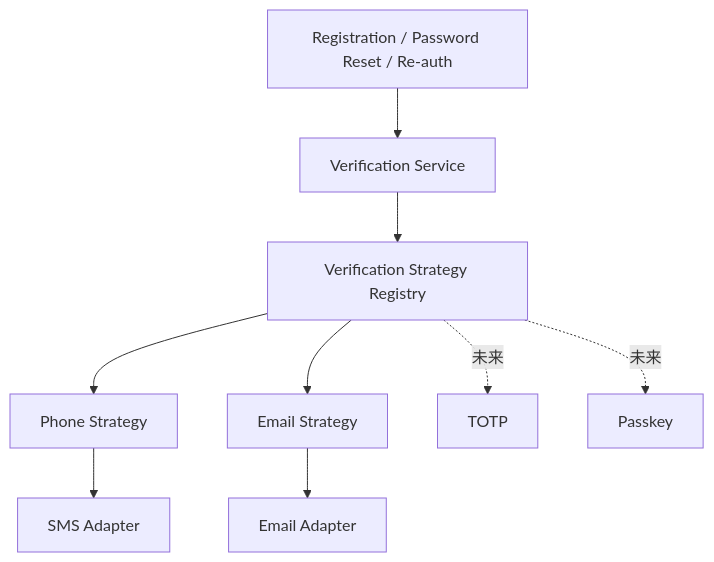
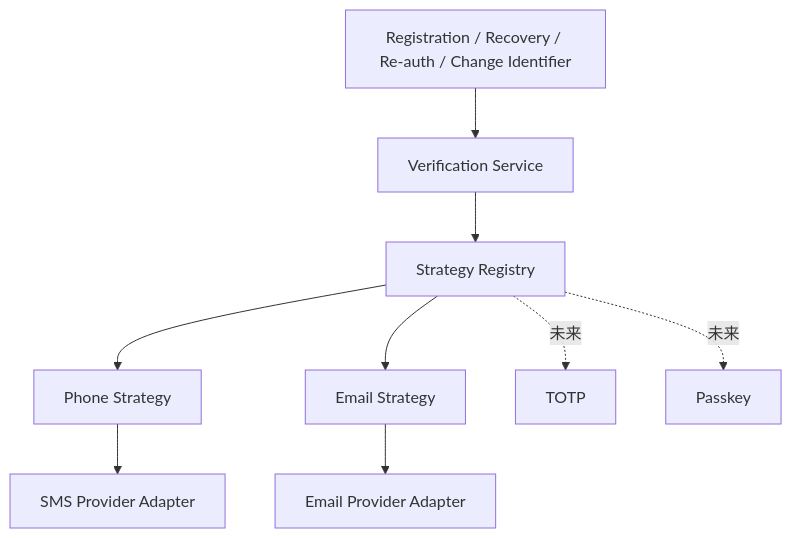
Before and after one commit to sxyq/mastergoods: the first of 2 diagrams in docs/system-design/01-账户与身份/05-验证方式与安全策略.md, drawn with Mermaid. The commit also changed other lines of this file and 6 other files, not shown here.

````diff
--- a/docs/system-design/01-账户与身份/05-验证方式与安全策略.md
+++ b/docs/system-design/01-账户与身份/05-验证方式与安全策略.md
@@ -16,14 +25,14 @@
 ```mermaid
 flowchart TD
-    APP[Registration / Password Reset / Re-auth]
-    APP --> VERIFY[Verification Service]
-    VERIFY --> REGISTRY[Verification Strategy Registry]
+    APP[Registration / Recovery / Re-auth / Change Identifier]
+    APP --> SERVICE[Verification Service]
+    SERVICE --> REG[Strategy Registry]
 
-    REGISTRY --> PHONE[Phone Strategy]
-    REGISTRY --> EMAIL[Email Strategy]
-    REGISTRY -.未来.-> TOTP[TOTP]
-    REGISTRY -.未来.-> PASSKEY[Passkey]
+    REG --> PHONE[Phone Strategy]
+    REG --> EMAIL[Email Strategy]
+    REG -.未来.-> TOTP[TOTP]
+    REG -.未来.-> PASSKEY[Passkey]
 
-    PHONE --> SMS[SMS Adapter]
-    EMAIL --> MAIL[Email Adapter]
+    PHONE --> SMS[SMS Provider Adapter]
+    EMAIL --> MAIL[Email Provider Adapter]
 ```
````
